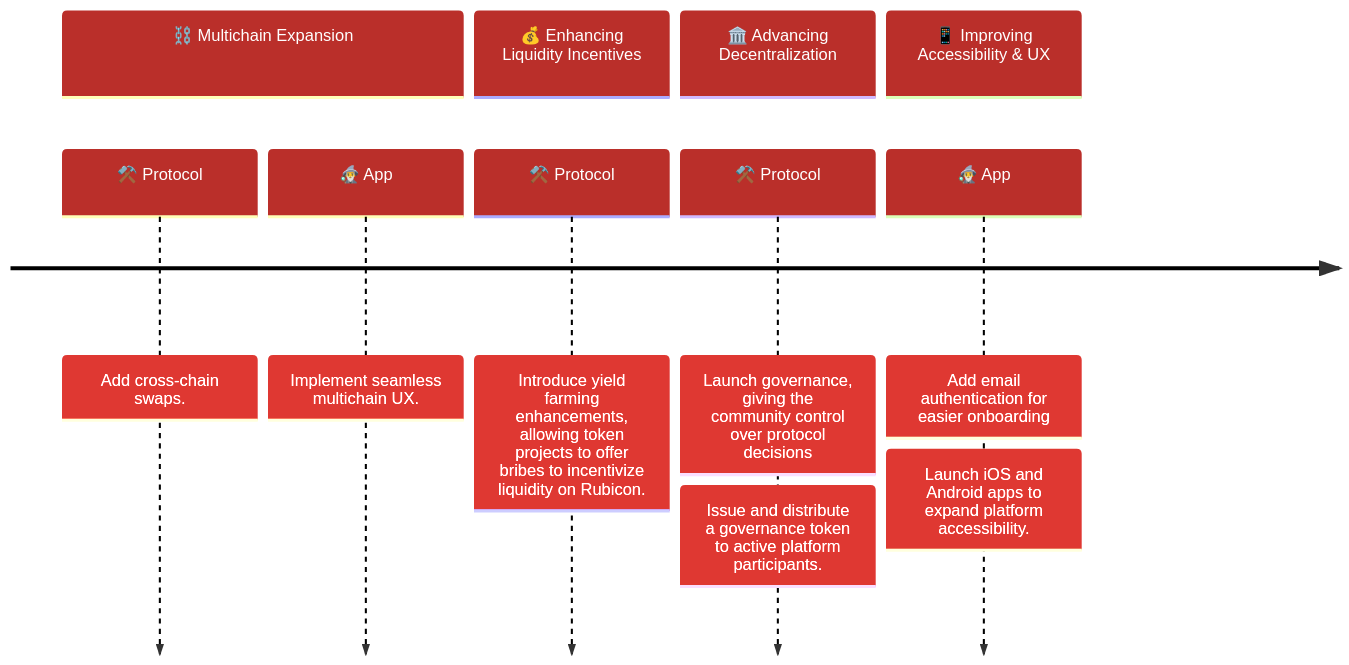
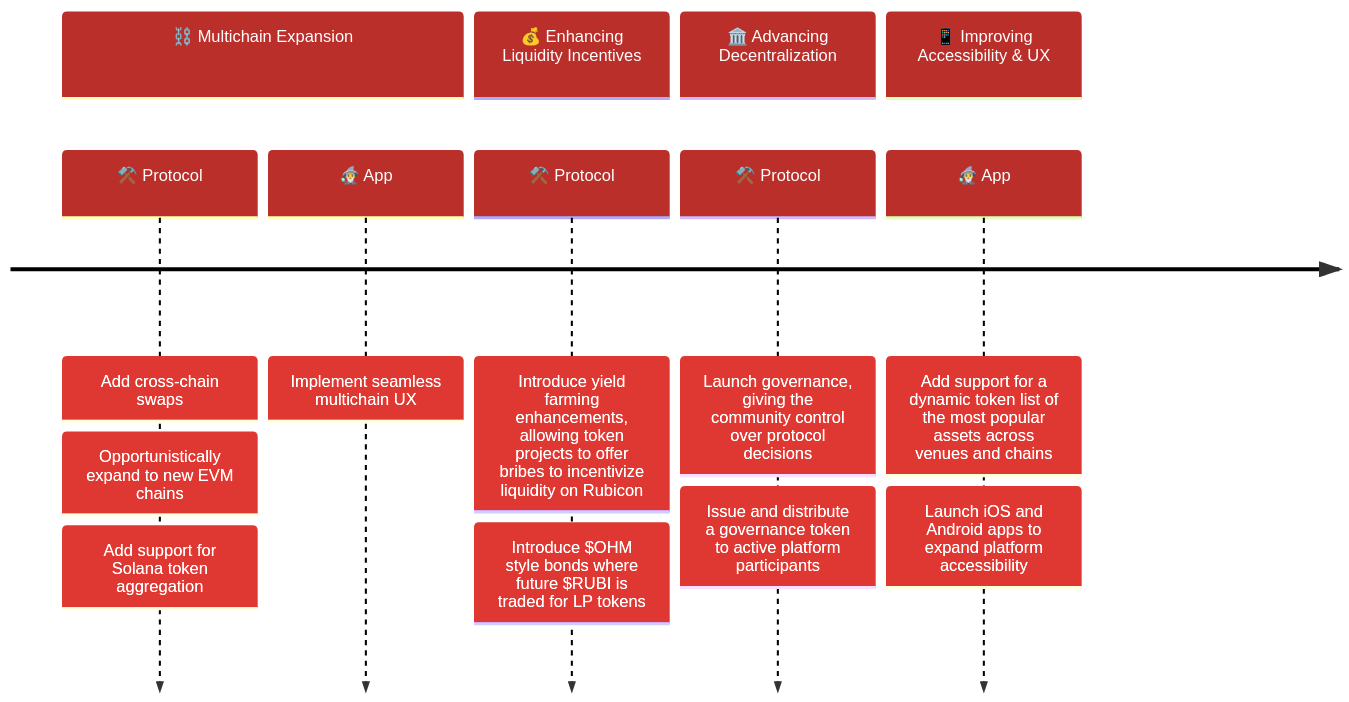
One commit to RubiconDeFi/docs changed the diagram in pages/roadmap.en.mdx. Above: the diagram before and after it, drawn with Mermaid. The commit also changed other lines of this file and 6 other files, not shown here.

First line of the commit message:
Rubi launch (#110)

````diff
--- a/pages/roadmap.en.mdx
+++ b/pages/roadmap.en.mdx
@@ -7,18 +11,18 @@
 ```mermaid
     %%{init: { 'logLevel': 'debug', 'theme': 'default' , 'themeVariables': {
               'cScale0': '#ba2f2a', 'cScaleLabel0': '#ffffff',
               'cScale1': '#ba2f2a', 'cScaleLabel1': '#ffffff',
               'cScale2': '#ba2f2a', 'cScaleLabel2': '#ffffff',
               'cScale3': '#ba2f2a', 'cScaleLabel2': '#ffffff'
        } } }%%
 timeline
     section ⛓️ Multichain Expansion
-        ⚒️ Protocol : Add cross-chain swaps.
-	🧙‍♂️ App : Implement seamless multichain UX.
+        ⚒️ Protocol : Add cross-chain swaps : Opportunistically expand to new EVM chains : Add support for Solana token aggregation
+        🧙‍♂️ App : Implement seamless multichain UX
     section 💰 Enhancing Liquidity Incentives
-        ⚒️ Protocol : Introduce yield farming enhancements, allowing token projects to offer bribes to incentivize liquidity on Rubicon.
+        ⚒️ Protocol : Introduce yield farming enhancements, allowing token projects to offer bribes to incentivize liquidity on Rubicon : Introduce $OHM style bonds where future $RUBI is traded for LP tokens
     section 🏛️ Advancing Decentralization
-        ⚒️ Protocol : Launch governance, giving the community control over protocol decisions : Issue and distribute a governance token to active platform participants.
+        ⚒️ Protocol : Launch governance, giving the community control over protocol decisions : Issue and distribute a governance token to active platform participants
     section 📱 Improving Accessibility & UX
-        🧙‍♂️ App : Add email authentication for easier onboarding : Launch iOS and Android apps to expand platform accessibility.
+        🧙‍♂️ App : Add support for a dynamic token list of the most popular assets across venues and chains : Launch iOS and Android apps to expand platform accessibility
 ```
````
